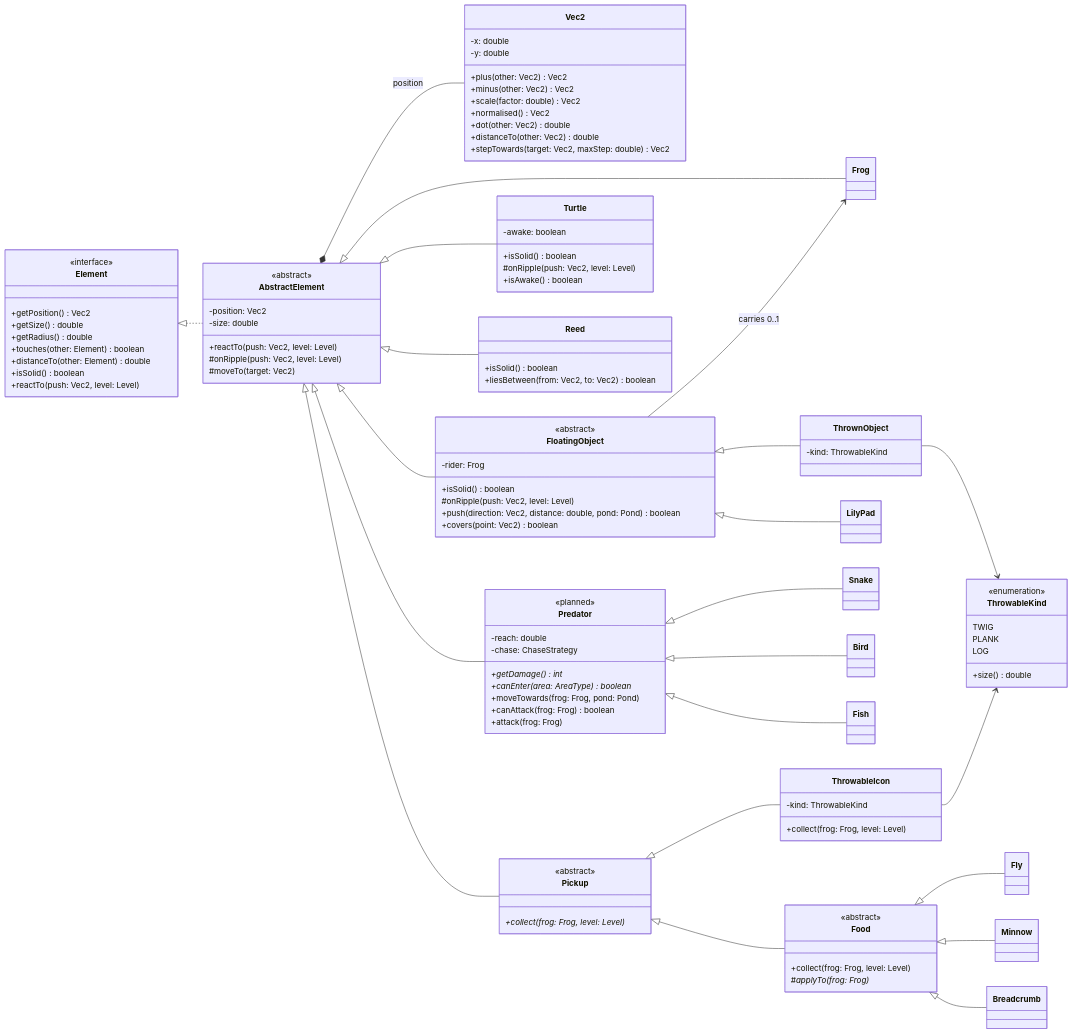
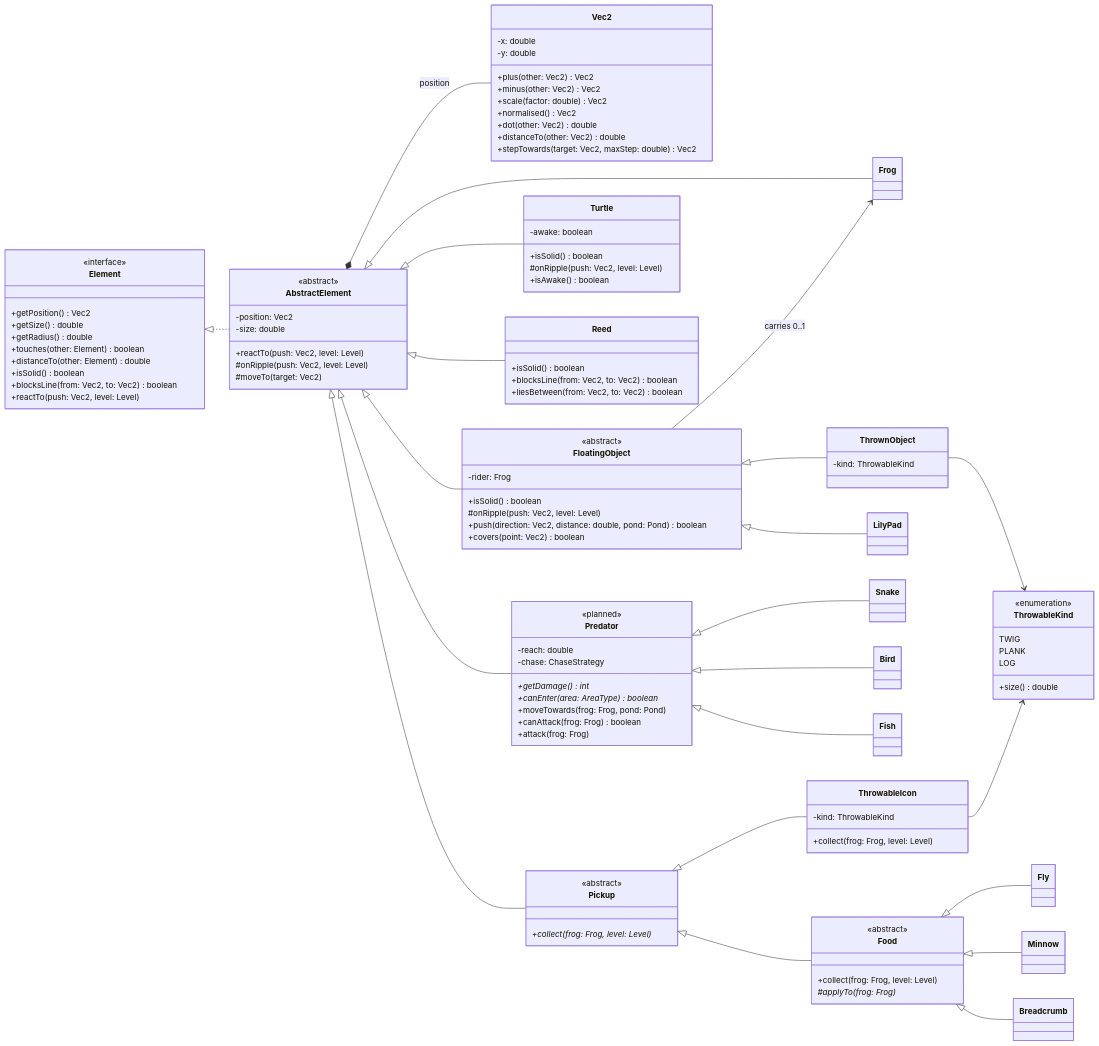
The first of 4 diagrams in docs/RIPPLE_POND_UML.md (jonathandeveloper26-bit/JavaGame), drawn with Mermaid before and after one commit. The commit also changed other lines of this file and 1 other file, not shown here.

First line of the commit message:
Add Stephan's blocksLine change to the UML and re-export REV_3

```diff
--- a/docs/RIPPLE_POND_UML.md
+++ b/docs/RIPPLE_POND_UML.md
@@ -51,6 +51,7 @@
   +touches(other: Element) boolean
   +distanceTo(other: Element) double
   +isSolid() boolean
+  +blocksLine(from: Vec2, to: Vec2) boolean
   +reactTo(push: Vec2, level: Level)
 }
 class AbstractElement {
@@ -100,6 +101,7 @@
 }
 class Reed {
   +isSolid() boolean
+  +blocksLine(from: Vec2, to: Vec2) boolean
   +liesBetween(from: Vec2, to: Vec2) boolean
 }
 class Predator {
```
